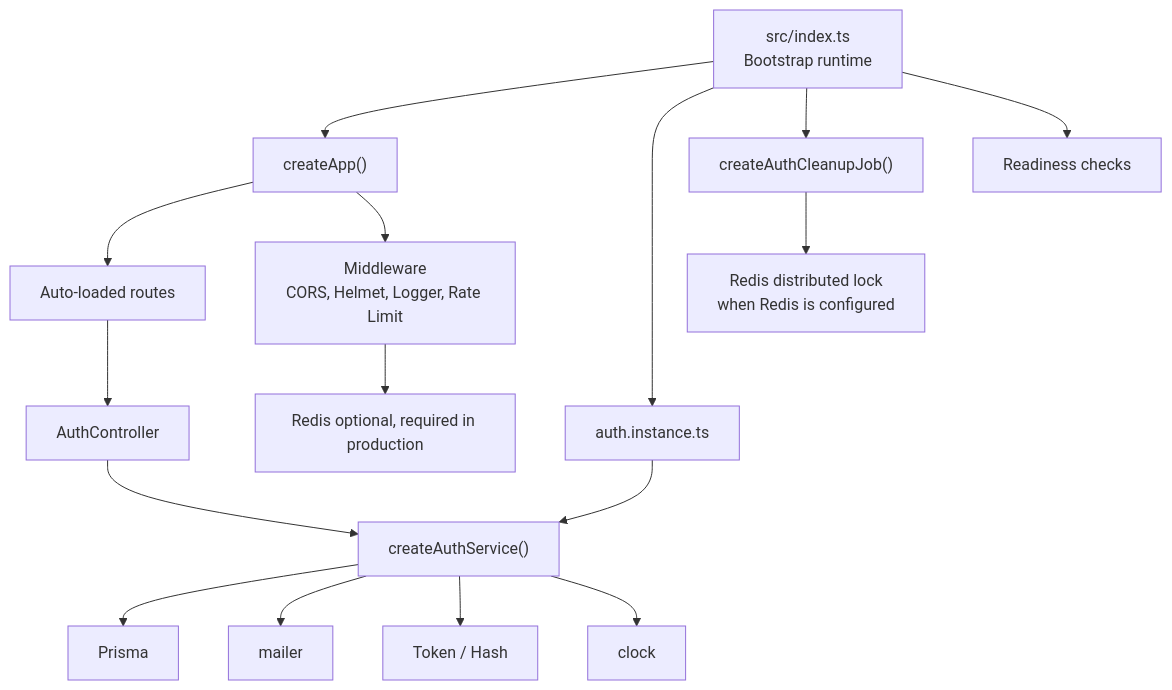
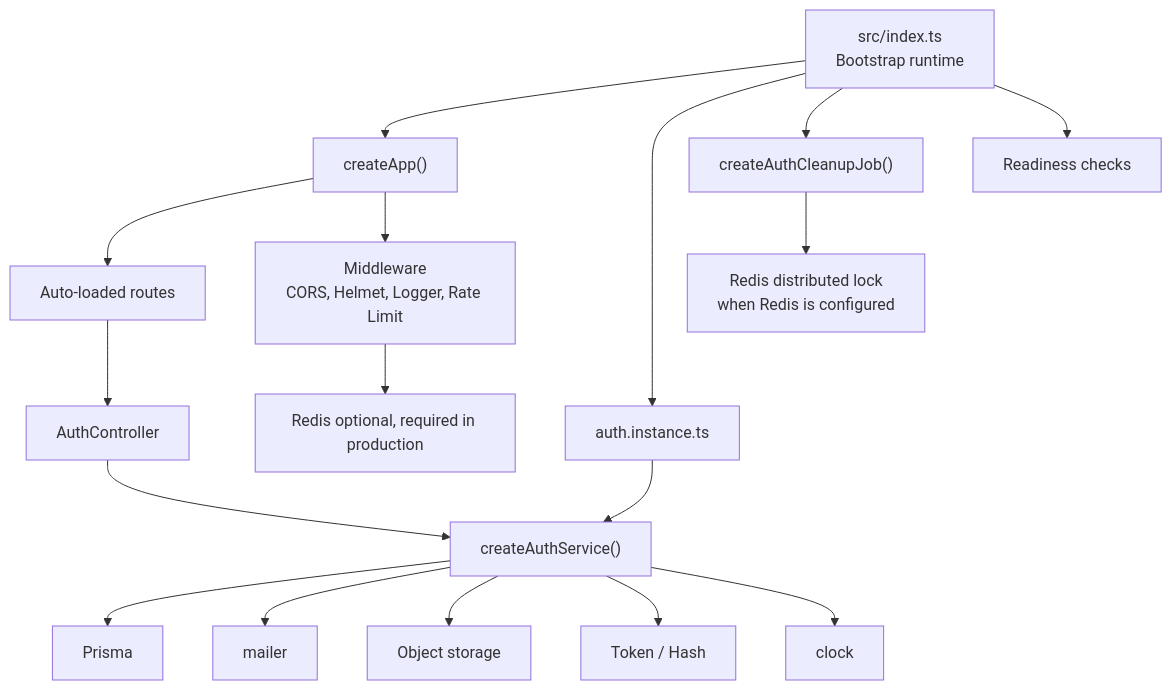
One commit to FairPlayTeam/ts-backend changed the first of 7 diagrams in ARCHITECTURE.md. Above: the diagram before and after it, drawn with Mermaid. The commit also changed other lines of this file and 47 other files, not shown here.

Commit message:
feat(auth): add avatar upload with object storage

````diff
--- a/ARCHITECTURE.md
+++ b/ARCHITECTURE.md
@@ -9,21 +9,22 @@
 ```mermaid
 flowchart TD
 index["src/index.ts<br/>Bootstrap runtime"] --> app["createApp()"]
 index --> authInstance["auth.instance.ts"]
 index --> cleanup["createAuthCleanupJob()"]
 index --> readiness["Readiness checks"]
 
 authInstance --> authService["createAuthService()"]
 authService --> prisma["Prisma"]
 authService --> mailer["mailer"]
+authService --> objectStorage["Object storage"]
 authService --> crypto["Token / Hash"]
 authService --> clock["clock"]
 
 app --> routes["Auto-loaded routes"]
 routes --> controller["AuthController"]
 controller --> authService
 
 app --> middleware["Middleware<br/>CORS, Helmet, Logger, Rate Limit"]
 middleware --> redis["Redis optional, required in production"]
 cleanup --> redisLock["Redis distributed lock<br/>when Redis is configured"]
 ```
````
